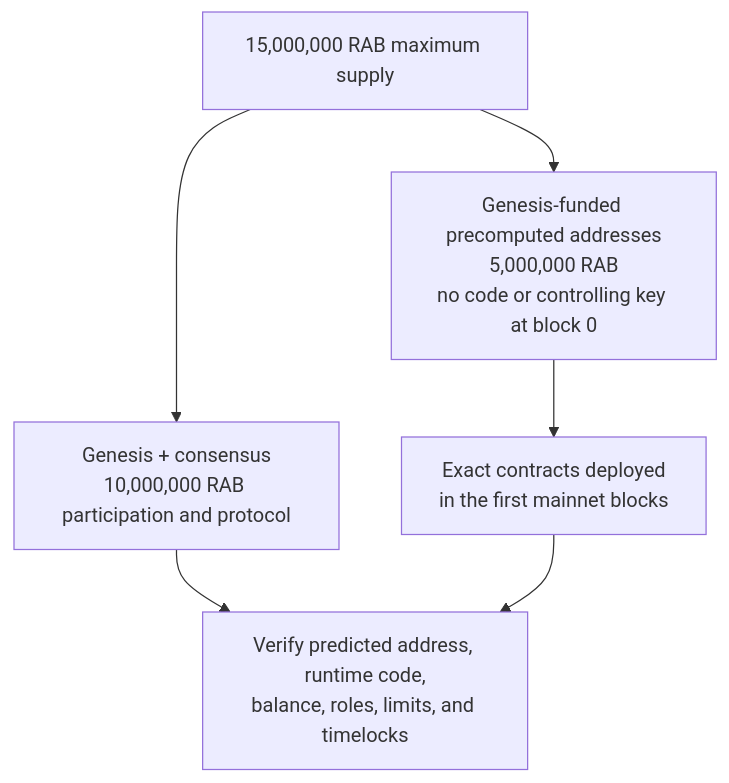
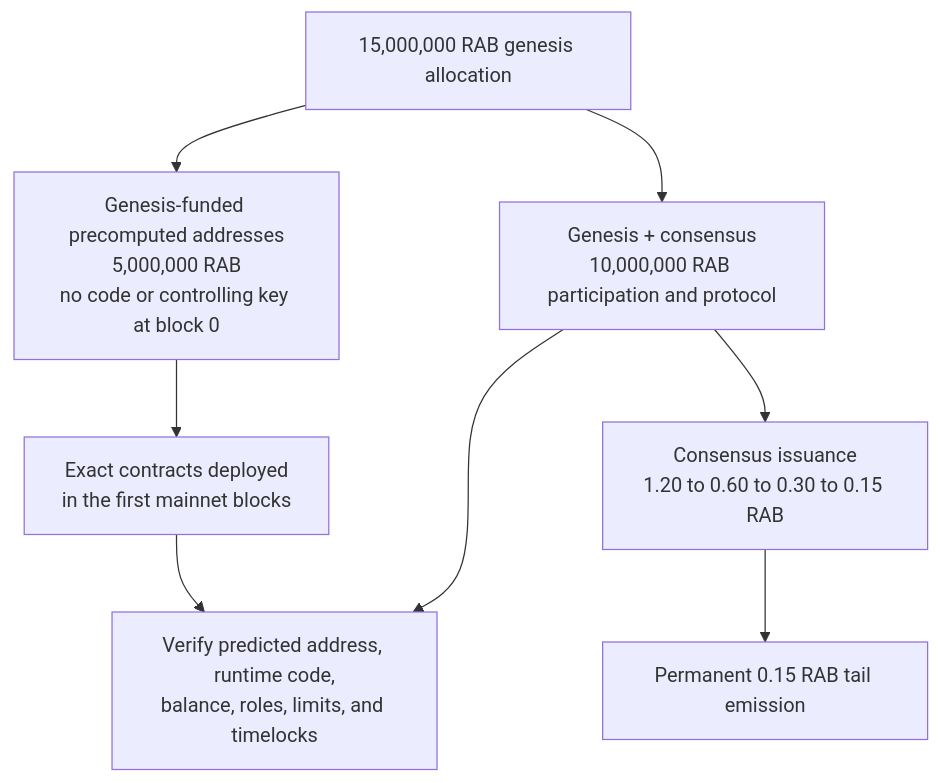
One commit to rabbitmainnet/rabbit-chain-whitepaper changed the diagram in assets/diagrams/rab-allocation-transparency.mmd. Above: the diagram before and after it, drawn with Mermaid. The commit also changed 6 other files, not shown here.

```diff
--- a/assets/diagrams/rab-allocation-transparency.mmd
+++ b/assets/diagrams/rab-allocation-transparency.mmd
@@ -1,11 +1,15 @@
 flowchart TD
-    A[15,000,000 RAB maximum supply]
+    A[15,000,000 RAB genesis allocation]
     B[Genesis + consensus<br/>10,000,000 RAB participation and protocol]
     C[Genesis-funded precomputed addresses<br/>5,000,000 RAB<br/>no code or controlling key at block 0]
     E[Exact contracts deployed<br/>in the first mainnet blocks]
     D[Verify predicted address, runtime code,<br/>balance, roles, limits, and timelocks]
+    F[Consensus issuance<br/>1.20 to 0.60 to 0.30 to 0.15 RAB]
+    G[Permanent 0.15 RAB tail emission]
     A --> B
     A --> C
     C --> E
     B --> D
     E --> D
+    B --> F
+    F --> G
```
